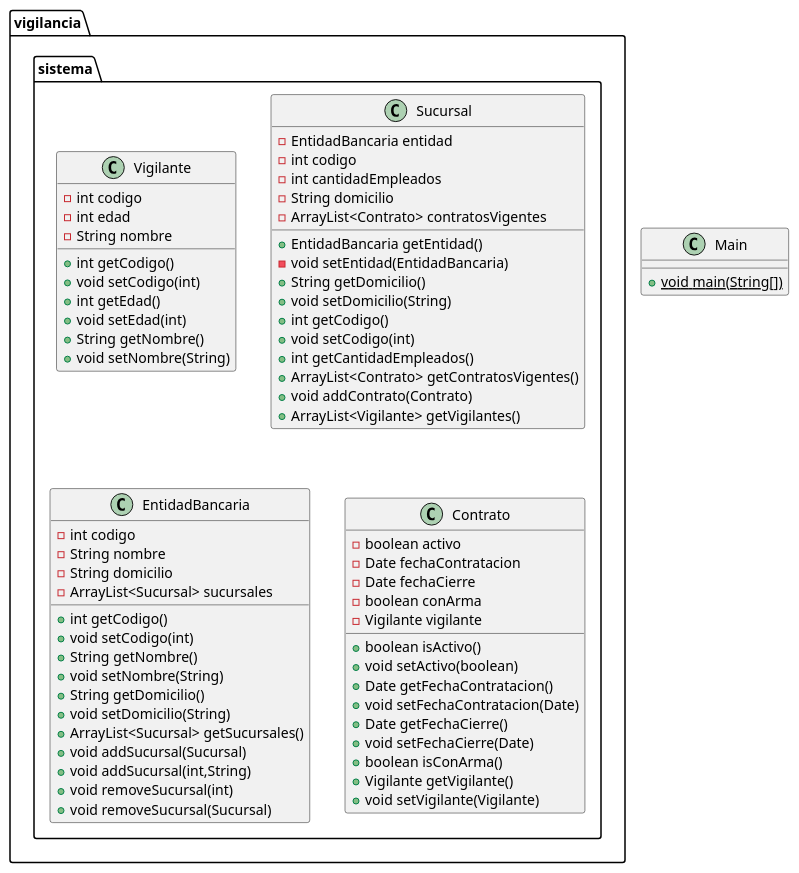
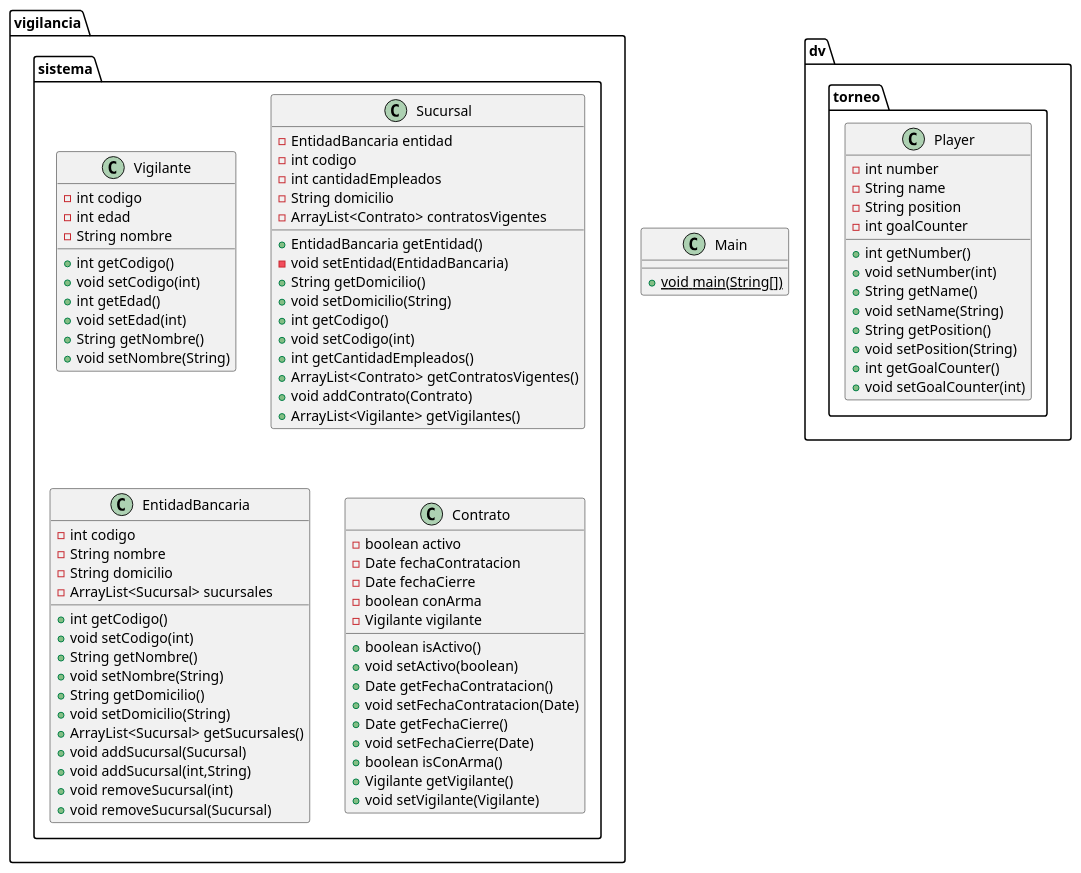
One commit to davinci-as/SistemaSucursales changed the diagram in class_diagram.puml. Above: the diagram before and after it, drawn with PlantUML.

Commit message:
docs: actualizar diagrama de clases

```diff
--- a/class_diagram.puml
+++ b/class_diagram.puml
@@ -1,75 +1,91 @@
 @startuml
 class vigilancia.sistema.Vigilante {
 - int codigo
 - int edad
 - String nombre
 + int getCodigo()
 + void setCodigo(int)
 + int getEdad()
 + void setEdad(int)
 + String getNombre()
 + void setNombre(String)
 }
 
 
 class vigilancia.sistema.Sucursal {
 - EntidadBancaria entidad
 - int codigo
 - int cantidadEmpleados
 - String domicilio
 - ArrayList<Contrato> contratosVigentes
 + EntidadBancaria getEntidad()
 - void setEntidad(EntidadBancaria)
 + String getDomicilio()
 + void setDomicilio(String)
 + int getCodigo()
 + void setCodigo(int)
 + int getCantidadEmpleados()
 + ArrayList<Contrato> getContratosVigentes()
 + void addContrato(Contrato)
 + ArrayList<Vigilante> getVigilantes()
+}
+
+
+class dv.torneo.Player {
+- int number
+- String name
+- String position
+- int goalCounter
++ int getNumber()
++ void setNumber(int)
++ String getName()
++ void setName(String)
++ String getPosition()
++ void setPosition(String)
++ int getGoalCounter()
++ void setGoalCounter(int)
 }
 
 
 class vigilancia.sistema.EntidadBancaria {
 - int codigo
 - String nombre
 - String domicilio
 - ArrayList<Sucursal> sucursales
 + int getCodigo()
 + void setCodigo(int)
 + String getNombre()
 + void setNombre(String)
 + String getDomicilio()
 + void setDomicilio(String)
 + ArrayList<Sucursal> getSucursales()
 + void addSucursal(Sucursal)
 + void addSucursal(int,String)
 + void removeSucursal(int)
 + void removeSucursal(Sucursal)
 }
 
 
 class Main {
 + {static} void main(String[])
 }
 
 class vigilancia.sistema.Contrato {
 - boolean activo
 - Date fechaContratacion
 - Date fechaCierre
 - boolean conArma
 - Vigilante vigilante
 + boolean isActivo()
 + void setActivo(boolean)
 + Date getFechaContratacion()
 + void setFechaContratacion(Date)
 + Date getFechaCierre()
 + void setFechaCierre(Date)
 + boolean isConArma()
 + Vigilante getVigilante()
 + void setVigilante(Vigilante)
 }
 
 
 @enduml
```
